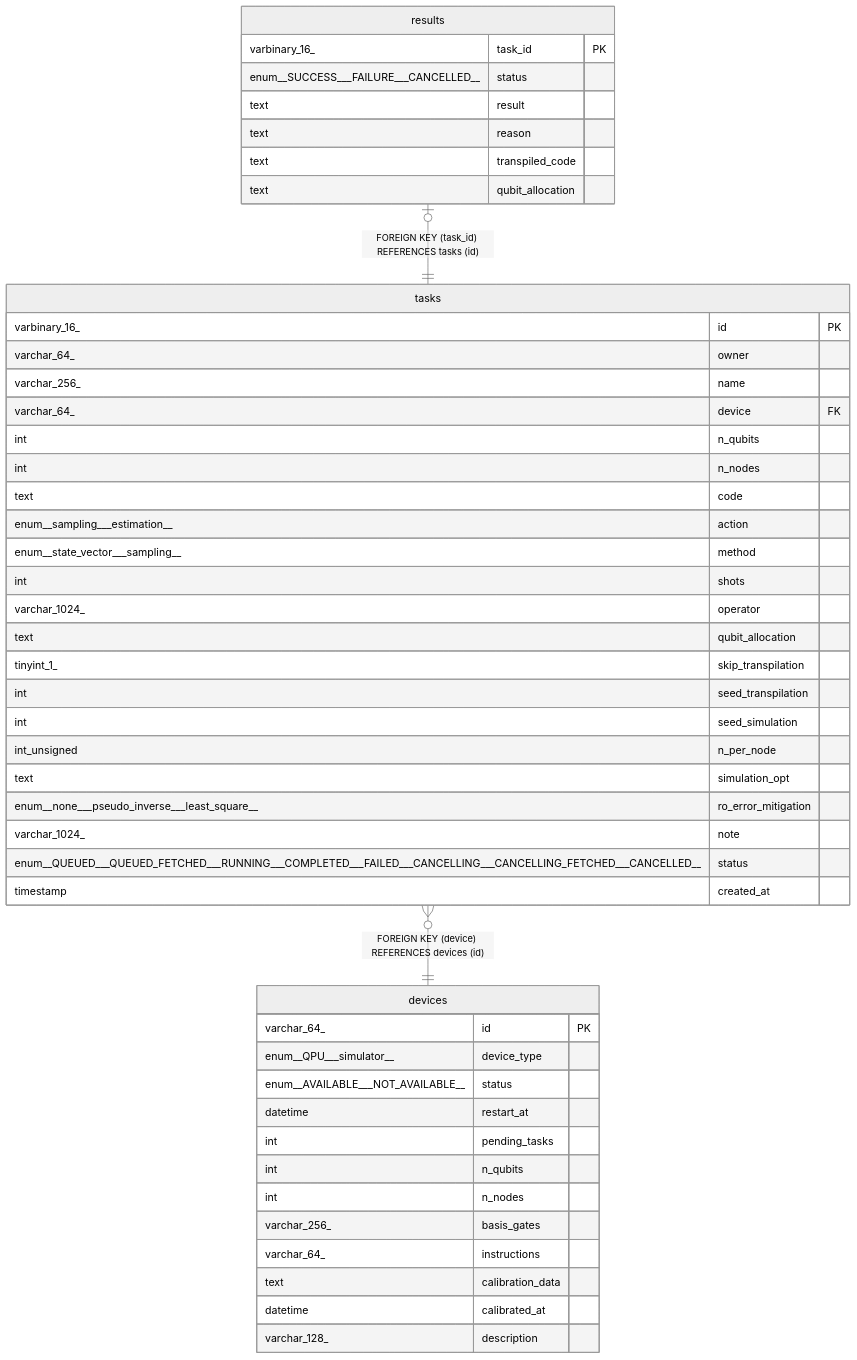
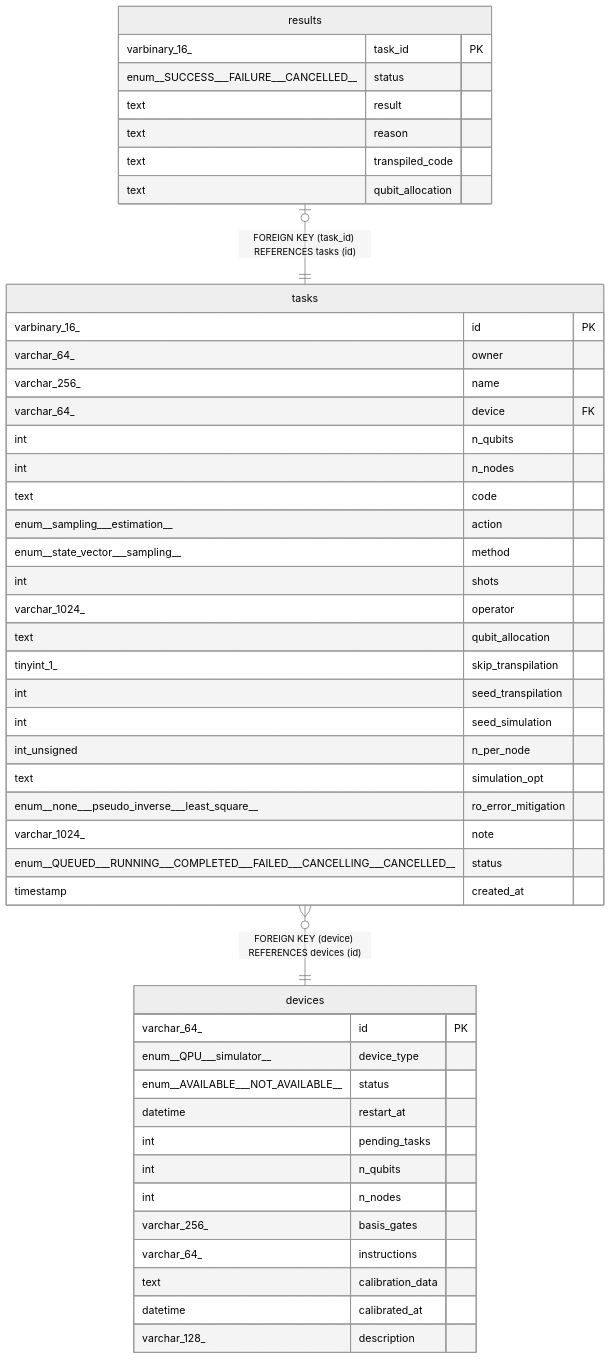
One commit to oqtopus-team/oqtopus-cloud changed the diagram in docs/schema/README.md. Above: the diagram before and after it, drawn with Mermaid (neutral theme). The commit also changed 26 other files, not shown here.

````diff
--- a/docs/schema/README.md
+++ b/docs/schema/README.md
@@ -13,52 +13,52 @@
 ```mermaid
 erDiagram
 
 "results" |o--|| "tasks" : "FOREIGN KEY (task_id) REFERENCES tasks (id)"
 "tasks" }o--|| "devices" : "FOREIGN KEY (device) REFERENCES devices (id)"
 
 "devices" {
   varchar_64_ id PK
   enum__QPU___simulator__ device_type
   enum__AVAILABLE___NOT_AVAILABLE__ status
   datetime restart_at
   int pending_tasks
   int n_qubits
   int n_nodes
   varchar_256_ basis_gates
   varchar_64_ instructions
   text calibration_data
   datetime calibrated_at
   varchar_128_ description
 }
 "results" {
   varbinary_16_ task_id PK
   enum__SUCCESS___FAILURE___CANCELLED__ status
   text result
   text reason
   text transpiled_code
   text qubit_allocation
 }
 "tasks" {
   varbinary_16_ id PK
   varchar_64_ owner
   varchar_256_ name
   varchar_64_ device FK
   int n_qubits
   int n_nodes
   text code
   enum__sampling___estimation__ action
   enum__state_vector___sampling__ method
   int shots
   varchar_1024_ operator
   text qubit_allocation
   tinyint_1_ skip_transpilation
   int seed_transpilation
   int seed_simulation
   int_unsigned n_per_node
   text simulation_opt
   enum__none___pseudo_inverse___least_square__ ro_error_mitigation
   varchar_1024_ note
-  enum__QUEUED___QUEUED_FETCHED___RUNNING___COMPLETED___FAILED___CANCELLING___CANCELLING_FETCHED___CANCELLED__ status
+  enum__QUEUED___RUNNING___COMPLETED___FAILED___CANCELLING___CANCELLED__ status
   timestamp created_at
 }
 ```
````
